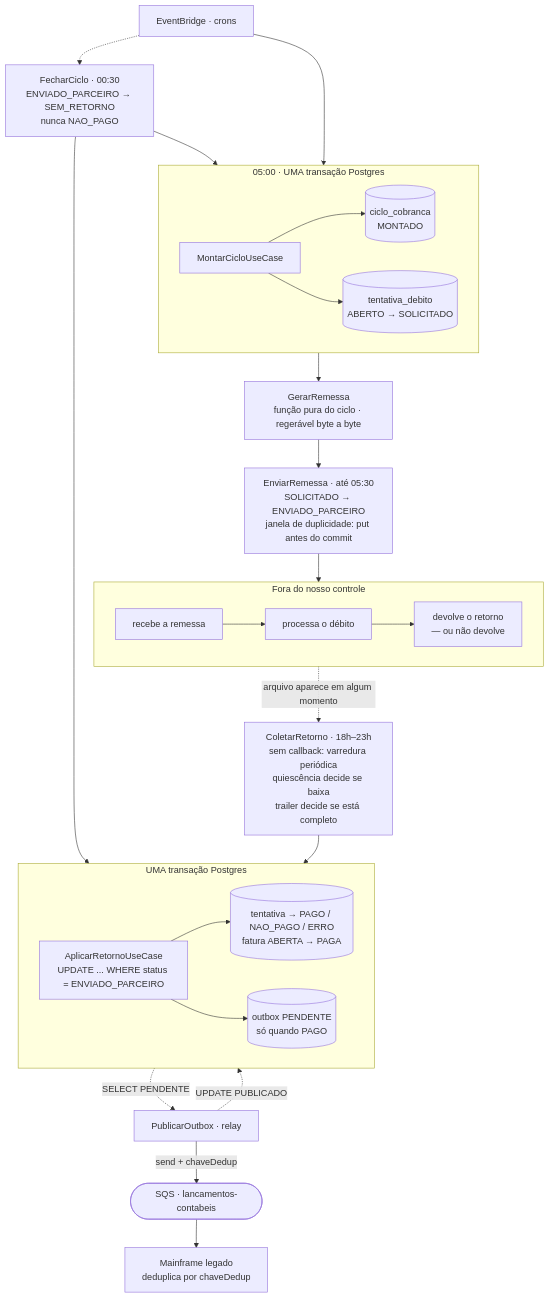
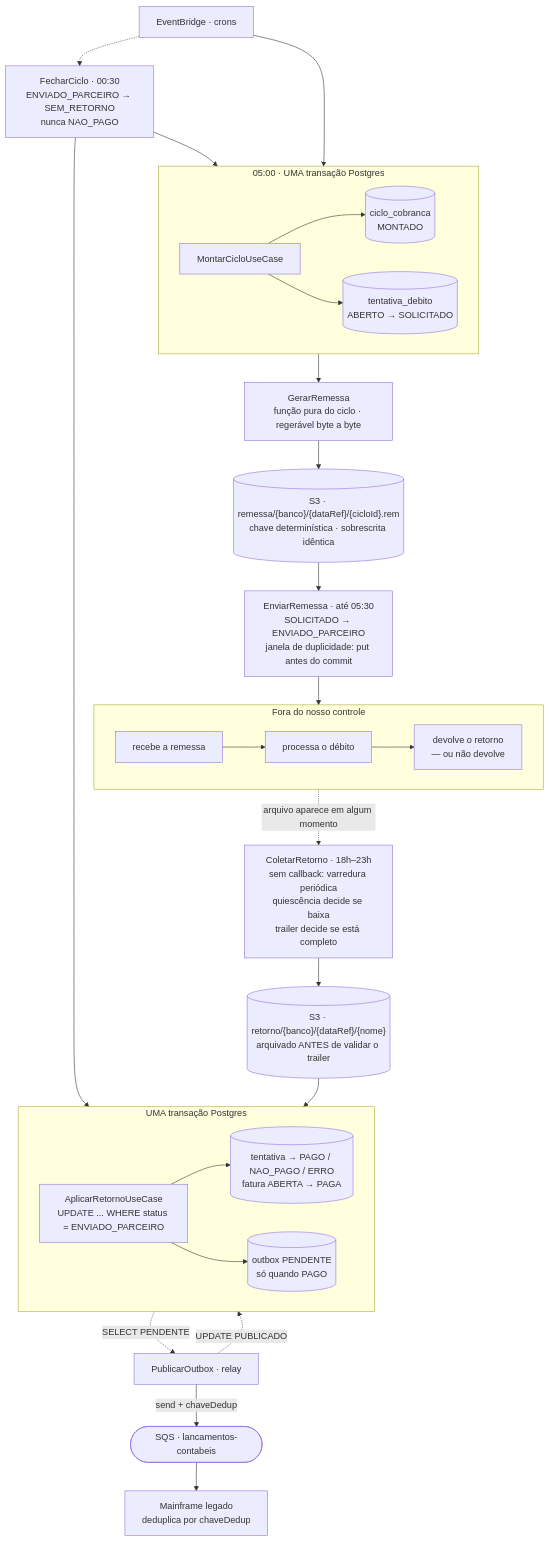
Before and after one commit to filiperibolli/platinumcoin-poc-outbox-cobranca: the diagram in README.md, drawn with Mermaid. The commit also changed other lines of this file and 9 other files, not shown here.

````diff
--- a/README.md
+++ b/README.md
@@ -66,46 +71,50 @@
 ```mermaid
 flowchart TB
     EB["EventBridge · crons"]
 
     subgraph montagem["05:00 · UMA transação Postgres"]
         direction LR
         M["MontarCicloUseCase"] --> CC[("ciclo_cobranca<br/>MONTADO")]
         M --> T1[("tentativa_debito<br/>ABERTO → SOLICITADO")]
     end
 
     REM["GerarRemessa<br/>função pura do ciclo · regerável byte a byte"]
+    S3R[("S3 · remessa/{banco}/{dataRef}/{cicloId}.rem<br/>chave determinística · sobrescrita idêntica")]
     ENV["EnviarRemessa · até 05:30<br/>SOLICITADO → ENVIADO_PARCEIRO<br/>janela de duplicidade: put antes do commit"]
 
     EB --> montagem
-    montagem --> REM --> ENV
+    montagem --> REM --> S3R --> ENV
 
     subgraph parceiro["Fora do nosso controle"]
         direction LR
         PREC["recebe a remessa"] --> PDEB["processa o débito"] --> PRET["devolve o retorno<br/>— ou não devolve"]
     end
 
     ENV --> parceiro
 
     COL["ColetarRetorno · 18h–23h<br/>sem callback: varredura periódica<br/>quiescência decide se baixa<br/>trailer decide se está completo"]
     parceiro -.->|"arquivo aparece em algum momento"| COL
 
+    S3T[("S3 · retorno/{banco}/{dataRef}/{nome}<br/>arquivado ANTES de validar o trailer")]
+    COL --> S3T
+
     subgraph retorno["UMA transação Postgres"]
         direction LR
         AR["AplicarRetornoUseCase<br/>UPDATE ... WHERE status = ENVIADO_PARCEIRO"]
         AR --> TD[("tentativa → PAGO / NAO_PAGO / ERRO<br/>fatura ABERTA → PAGA")]
         AR --> OB[("outbox PENDENTE<br/>só quando PAGO")]
     end
 
-    COL --> retorno
+    S3T --> retorno
 
     FC["FecharCiclo · 00:30<br/>ENVIADO_PARCEIRO → SEM_RETORNO<br/>nunca NAO_PAGO"]
     EB -.-> FC
     FC --> TD
     FC --> CC
 
     RL["PublicarOutbox · relay"]
     OB -.->|"SELECT PENDENTE"| RL
     RL -->|"send + chaveDedup"| Q(["SQS · lancamentos-contabeis"])
     RL -.->|"UPDATE PUBLICADO"| OB
     Q --> MF["Mainframe legado<br/>deduplica por chaveDedup"]
 ```
````
